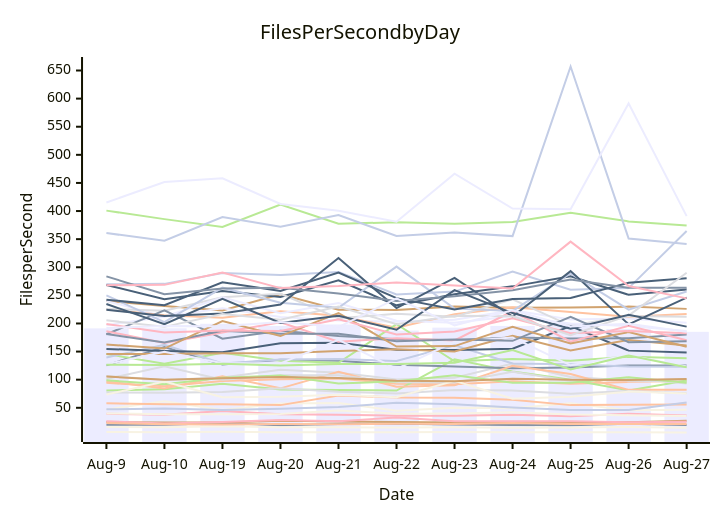
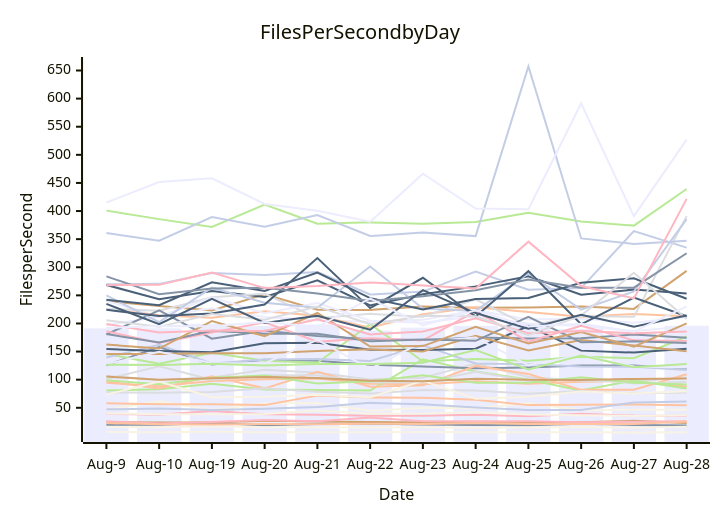
One commit to streetsidesoftware/cspell changed the diagram in perf-report.md. Above: the diagram before and after it, drawn with Mermaid. The commit also changed other lines of this file and 2 other files, not shown here.

````diff
--- a/perf-report.md
+++ b/perf-report.md
@@ -11,57 +11,57 @@
 ```mermaid
 xychart-beta
     title Files Per Second by Day
     y-axis Files per Second
-    x-axis Date [Aug-9, Aug-10, Aug-19, Aug-20, Aug-21, Aug-22, Aug-23, Aug-24, Aug-25, Aug-26, Aug-27]
-    bar [191.27, 191.48, 199.45, 195.67, 198.22, 187.40, 192.61, 195.61, 200.69, 190.24, 185.15]
-    line [19.76, 19.87, 23.15, 18.80, 21.30, 21.70, 20.11, 19.24, 18.97, 21.74, 19.44]
-    line [94.45, 88.13, 97.66, 100.71, 101.93, 92.80, 92.11, 97.07, 92.83, 96.14, 97.78]
-    line [106.66, 99.38, 103.80, 117.71, 112.47, 100.50, 103.30, 128.71, 104.89, 98.28, 96.78]
-    line [80.61, 83.15, 92.81, 82.44, 81.86, 80.75, 136.22, 114.72, 99.92, 81.00, 98.60]
-    line [239.79, 231.09, 223.10, 252.00, 224.60, 224.17, 230.06, 227.93, 228.22, 229.99, 225.97]
-    line [269.81, 270.47, 289.77, 286.14, 291.59, 251.52, 256.69, 292.19, 260.02, 262.94, 364.38]
-    line [39.52, 37.52, 44.46, 38.46, 37.42, 35.96, 35.65, 37.61, 34.82, 39.47, 36.12]
-    line [268.54, 243.09, 257.77, 247.18, 276.72, 232.23, 252.08, 266.01, 283.94, 251.01, 260.27]
-    line [6.78, 6.60, 7.51, 6.38, 6.72, 6.55, 6.77, 6.55, 6.58, 6.64, 6.06]
-    line [240.17, 211.99, 227.00, 211.38, 205.51, 203.10, 206.43, 223.33, 206.89, 208.72, 201.20]
-    line [125.68, 158.27, 127.25, 135.61, 133.76, 126.70, 123.28, 120.42, 121.90, 125.42, 125.26]
-    line [225.24, 214.74, 210.02, 221.88, 213.58, 192.56, 216.27, 228.68, 220.47, 211.98, 216.89]
-    line [225.91, 222.58, 246.74, 252.74, 209.47, 217.12, 212.13, 242.98, 195.81, 213.43, 211.78]
-    line [145.75, 128.32, 148.05, 133.76, 130.09, 198.58, 132.66, 136.89, 133.84, 140.74, 138.14]
-    line [24.65, 23.72, 23.68, 26.94, 25.51, 24.79, 23.76, 23.53, 22.75, 24.32, 26.78]
-    line [139.45, 161.93, 128.87, 135.71, 136.66, 133.36, 161.38, 128.87, 127.62, 123.35, 123.11]
-    line [25.95, 22.03, 24.86, 28.29, 26.21, 32.71, 26.20, 26.09, 26.00, 24.43, 25.37]
-    line [154.75, 150.93, 149.02, 164.86, 165.64, 153.35, 152.64, 155.02, 195.52, 151.70, 148.17]
-    line [15.80, 15.53, 17.25, 15.28, 15.49, 14.84, 15.46, 14.39, 15.01, 15.63, 14.69]
-    line [196.97, 211.99, 246.59, 218.10, 236.31, 204.94, 201.38, 212.81, 200.01, 195.34, 186.50]
-    line [180.75, 223.35, 172.94, 187.16, 177.68, 172.01, 170.49, 175.09, 173.22, 173.59, 180.48]
-    line [96.93, 84.41, 106.12, 84.61, 114.12, 87.31, 89.99, 124.55, 110.24, 81.92, 82.24]
-    line [77.16, 76.75, 77.91, 84.91, 78.76, 75.34, 81.46, 80.77, 74.97, 79.78, 75.90]
-    line [400.74, 385.62, 371.65, 411.46, 377.61, 379.88, 377.18, 380.64, 396.91, 381.52, 374.08]
-    line [145.79, 145.58, 147.10, 147.08, 151.07, 153.94, 150.27, 178.09, 152.08, 170.66, 160.71]
-    line [249.96, 202.34, 263.67, 236.99, 228.06, 301.20, 226.40, 222.40, 289.06, 224.56, 256.87]
-    line [186.27, 165.43, 184.07, 202.12, 167.51, 173.85, 169.85, 221.75, 167.75, 195.90, 170.00]
-    line [224.37, 213.27, 217.89, 233.79, 316.48, 227.32, 281.23, 212.31, 293.11, 198.49, 245.94]
-    line [47.00, 61.84, 45.89, 57.63, 58.67, 44.77, 49.92, 49.06, 57.90, 45.60, 46.71]
-    line [127.47, 149.55, 129.16, 129.10, 170.99, 119.13, 167.47, 175.06, 125.57, 143.51, 123.67]
-    line [181.18, 166.12, 186.93, 181.85, 181.88, 168.34, 171.35, 169.12, 211.70, 166.64, 168.34]
-    line [57.90, 56.15, 56.35, 54.76, 71.89, 68.47, 68.09, 64.39, 54.76, 55.64, 55.71]
-    line [101.07, 123.80, 99.87, 108.06, 107.98, 95.34, 94.96, 114.12, 97.84, 103.09, 93.25]
-    line [98.84, 91.76, 103.43, 107.49, 93.08, 97.11, 107.90, 94.53, 94.47, 104.38, 94.67]
-    line [162.48, 155.40, 204.32, 177.59, 218.64, 159.00, 159.79, 194.26, 164.45, 184.75, 158.60]
-    line [360.76, 347.31, 389.41, 371.89, 392.82, 355.53, 361.83, 355.43, 657.12, 351.25, 341.51]
-    line [198.91, 184.05, 187.41, 186.67, 207.48, 180.49, 185.92, 209.38, 182.67, 186.49, 182.43]
-    line [242.10, 232.62, 273.32, 257.69, 290.62, 245.10, 224.83, 243.49, 245.36, 272.30, 280.33]
-    line [73.60, 96.61, 68.89, 69.48, 73.38, 68.77, 97.84, 66.15, 69.59, 78.77, 75.57]
-    line [415.14, 451.69, 458.22, 412.53, 400.53, 380.98, 466.37, 404.40, 403.18, 591.49, 390.96]
-    line [283.77, 252.09, 262.36, 263.68, 253.37, 240.18, 248.22, 259.20, 278.18, 263.50, 263.68]
-    line [22.84, 20.59, 20.47, 21.22, 20.90, 21.42, 21.40, 22.88, 21.36, 21.22, 21.19]
-    line [205.56, 193.98, 216.67, 206.61, 230.20, 198.53, 213.69, 212.64, 179.07, 214.07, 290.22]
-    line [126.64, 126.17, 128.45, 125.27, 127.94, 127.77, 130.20, 152.67, 118.34, 143.02, 122.15]
-    line [105.46, 100.11, 102.43, 104.89, 103.21, 98.21, 97.36, 101.78, 100.00, 99.58, 101.28]
-    line [47.26, 48.66, 46.00, 48.26, 51.42, 58.83, 56.30, 50.38, 45.97, 45.91, 59.43]
-    line [268.09, 268.70, 290.78, 262.94, 266.60, 272.93, 267.45, 262.37, 345.57, 266.69, 244.68]
-    line [234.76, 198.61, 243.75, 200.90, 213.71, 188.91, 259.37, 218.53, 190.79, 215.33, 194.36]
-    line [39.98, 38.63, 38.64, 39.11, 45.24, 39.50, 39.66, 42.07, 38.23, 36.94, 35.58]
-    line [192.03, 195.48, 194.87, 202.54, 193.62, 244.63, 196.70, 223.56, 194.58, 199.46, 185.25]
+    x-axis Date [Aug-9, Aug-10, Aug-19, Aug-20, Aug-21, Aug-22, Aug-23, Aug-24, Aug-25, Aug-26, Aug-27, Aug-28]
+    bar [191.27, 191.48, 199.45, 195.67, 198.22, 187.40, 192.61, 195.61, 200.69, 190.24, 185.15, 195.90]
+    line [19.76, 19.87, 23.15, 18.80, 21.30, 21.70, 20.11, 19.24, 18.97, 21.74, 19.44, 18.40]
+    line [94.45, 88.13, 97.66, 100.71, 101.93, 92.80, 92.11, 97.07, 92.83, 96.14, 97.78, 87.85]
+    line [106.66, 99.38, 103.80, 117.71, 112.47, 100.50, 103.30, 128.71, 104.89, 98.28, 96.78, 104.02]
+    line [80.61, 83.15, 92.81, 82.44, 81.86, 80.75, 136.22, 114.72, 99.92, 81.00, 98.60, 84.48]
+    line [239.79, 231.09, 223.10, 252.00, 224.60, 224.17, 230.06, 227.93, 228.22, 229.99, 225.97, 293.63]
+    line [269.81, 270.47, 289.77, 286.14, 291.59, 251.52, 256.69, 292.19, 260.02, 262.94, 364.38, 334.92]
+    line [39.52, 37.52, 44.46, 38.46, 37.42, 35.96, 35.65, 37.61, 34.82, 39.47, 36.12, 35.74]
+    line [268.54, 243.09, 257.77, 247.18, 276.72, 232.23, 252.08, 266.01, 283.94, 251.01, 260.27, 253.32]
+    line [6.78, 6.60, 7.51, 6.38, 6.72, 6.55, 6.77, 6.55, 6.58, 6.64, 6.06, 6.62]
+    line [240.17, 211.99, 227.00, 211.38, 205.51, 203.10, 206.43, 223.33, 206.89, 208.72, 201.20, 211.29]
+    line [125.68, 158.27, 127.25, 135.61, 133.76, 126.70, 123.28, 120.42, 121.90, 125.42, 125.26, 119.17]
+    line [225.24, 214.74, 210.02, 221.88, 213.58, 192.56, 216.27, 228.68, 220.47, 211.98, 216.89, 212.87]
+    line [225.91, 222.58, 246.74, 252.74, 209.47, 217.12, 212.13, 242.98, 195.81, 213.43, 211.78, 390.91]
+    line [145.75, 128.32, 148.05, 133.76, 130.09, 198.58, 132.66, 136.89, 133.84, 140.74, 138.14, 176.80]
+    line [24.65, 23.72, 23.68, 26.94, 25.51, 24.79, 23.76, 23.53, 22.75, 24.32, 26.78, 23.08]
+    line [139.45, 161.93, 128.87, 135.71, 136.66, 133.36, 161.38, 128.87, 127.62, 123.35, 123.11, 117.24]
+    line [25.95, 22.03, 24.86, 28.29, 26.21, 32.71, 26.20, 26.09, 26.00, 24.43, 25.37, 25.88]
+    line [154.75, 150.93, 149.02, 164.86, 165.64, 153.35, 152.64, 155.02, 195.52, 151.70, 148.17, 155.05]
+    line [15.80, 15.53, 17.25, 15.28, 15.49, 14.84, 15.46, 14.39, 15.01, 15.63, 14.69, 16.21]
+    line [196.97, 211.99, 246.59, 218.10, 236.31, 204.94, 201.38, 212.81, 200.01, 195.34, 186.50, 194.73]
+    line [180.75, 223.35, 172.94, 187.16, 177.68, 172.01, 170.49, 175.09, 173.22, 173.59, 180.48, 174.61]
+    line [96.93, 84.41, 106.12, 84.61, 114.12, 87.31, 89.99, 124.55, 110.24, 81.92, 82.24, 109.60]
+    line [77.16, 76.75, 77.91, 84.91, 78.76, 75.34, 81.46, 80.77, 74.97, 79.78, 75.90, 77.31]
+    line [400.74, 385.62, 371.65, 411.46, 377.61, 379.88, 377.18, 380.64, 396.91, 381.52, 374.08, 439.23]
+    line [145.79, 145.58, 147.10, 147.08, 151.07, 153.94, 150.27, 178.09, 152.08, 170.66, 160.71, 150.58]
+    line [249.96, 202.34, 263.67, 236.99, 228.06, 301.20, 226.40, 222.40, 289.06, 224.56, 256.87, 385.77]
+    line [186.27, 165.43, 184.07, 202.12, 167.51, 173.85, 169.85, 221.75, 167.75, 195.90, 170.00, 168.92]
+    line [224.37, 213.27, 217.89, 233.79, 316.48, 227.32, 281.23, 212.31, 293.11, 198.49, 245.94, 212.84]
+    line [47.00, 61.84, 45.89, 57.63, 58.67, 44.77, 49.92, 49.06, 57.90, 45.60, 46.71, 46.45]
+    line [127.47, 149.55, 129.16, 129.10, 170.99, 119.13, 167.47, 175.06, 125.57, 143.51, 123.67, 121.57]
+    line [181.18, 166.12, 186.93, 181.85, 181.88, 168.34, 171.35, 169.12, 211.70, 166.64, 168.34, 165.29]
+    line [57.90, 56.15, 56.35, 54.76, 71.89, 68.47, 68.09, 64.39, 54.76, 55.64, 55.71, 54.55]
+    line [101.07, 123.80, 99.87, 108.06, 107.98, 95.34, 94.96, 114.12, 97.84, 103.09, 93.25, 95.82]
+    line [98.84, 91.76, 103.43, 107.49, 93.08, 97.11, 107.90, 94.53, 94.47, 104.38, 94.67, 91.52]
+    line [162.48, 155.40, 204.32, 177.59, 218.64, 159.00, 159.79, 194.26, 164.45, 184.75, 158.60, 200.06]
+    line [360.76, 347.31, 389.41, 371.89, 392.82, 355.53, 361.83, 355.43, 657.12, 351.25, 341.51, 347.20]
+    line [198.91, 184.05, 187.41, 186.67, 207.48, 180.49, 185.92, 209.38, 182.67, 186.49, 182.43, 185.77]
+    line [242.10, 232.62, 273.32, 257.69, 290.62, 245.10, 224.83, 243.49, 245.36, 272.30, 280.33, 243.96]
+    line [73.60, 96.61, 68.89, 69.48, 73.38, 68.77, 97.84, 66.15, 69.59, 78.77, 75.57, 79.49]
+    line [415.14, 451.69, 458.22, 412.53, 400.53, 380.98, 466.37, 404.40, 403.18, 591.49, 390.96, 527.06]
+    line [283.77, 252.09, 262.36, 263.68, 253.37, 240.18, 248.22, 259.20, 278.18, 263.50, 263.68, 324.94]
+    line [22.84, 20.59, 20.47, 21.22, 20.90, 21.42, 21.40, 22.88, 21.36, 21.22, 21.19, 25.41]
+    line [205.56, 193.98, 216.67, 206.61, 230.20, 198.53, 213.69, 212.64, 179.07, 214.07, 290.22, 207.82]
+    line [126.64, 126.17, 128.45, 125.27, 127.94, 127.77, 130.20, 152.67, 118.34, 143.02, 122.15, 127.81]
+    line [105.46, 100.11, 102.43, 104.89, 103.21, 98.21, 97.36, 101.78, 100.00, 99.58, 101.28, 102.15]
+    line [47.26, 48.66, 46.00, 48.26, 51.42, 58.83, 56.30, 50.38, 45.97, 45.91, 59.43, 61.32]
+    line [268.09, 268.70, 290.78, 262.94, 266.60, 272.93, 267.45, 262.37, 345.57, 266.69, 244.68, 421.69]
+    line [234.76, 198.61, 243.75, 200.90, 213.71, 188.91, 259.37, 218.53, 190.79, 215.33, 194.36, 214.16]
+    line [39.98, 38.63, 38.64, 39.11, 45.24, 39.50, 39.66, 42.07, 38.23, 36.94, 35.58, 36.58]
+    line [192.03, 195.48, 194.87, 202.54, 193.62, 244.63, 196.70, 223.56, 194.58, 199.46, 185.25, 230.37]
 ```
````
